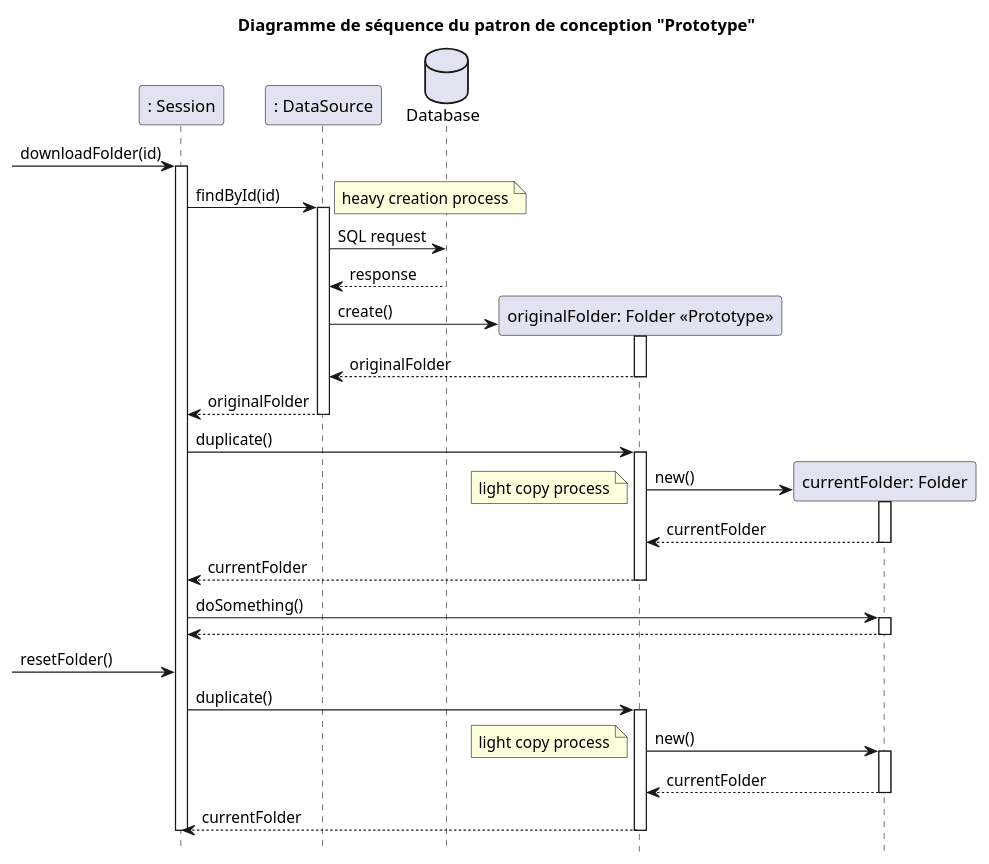
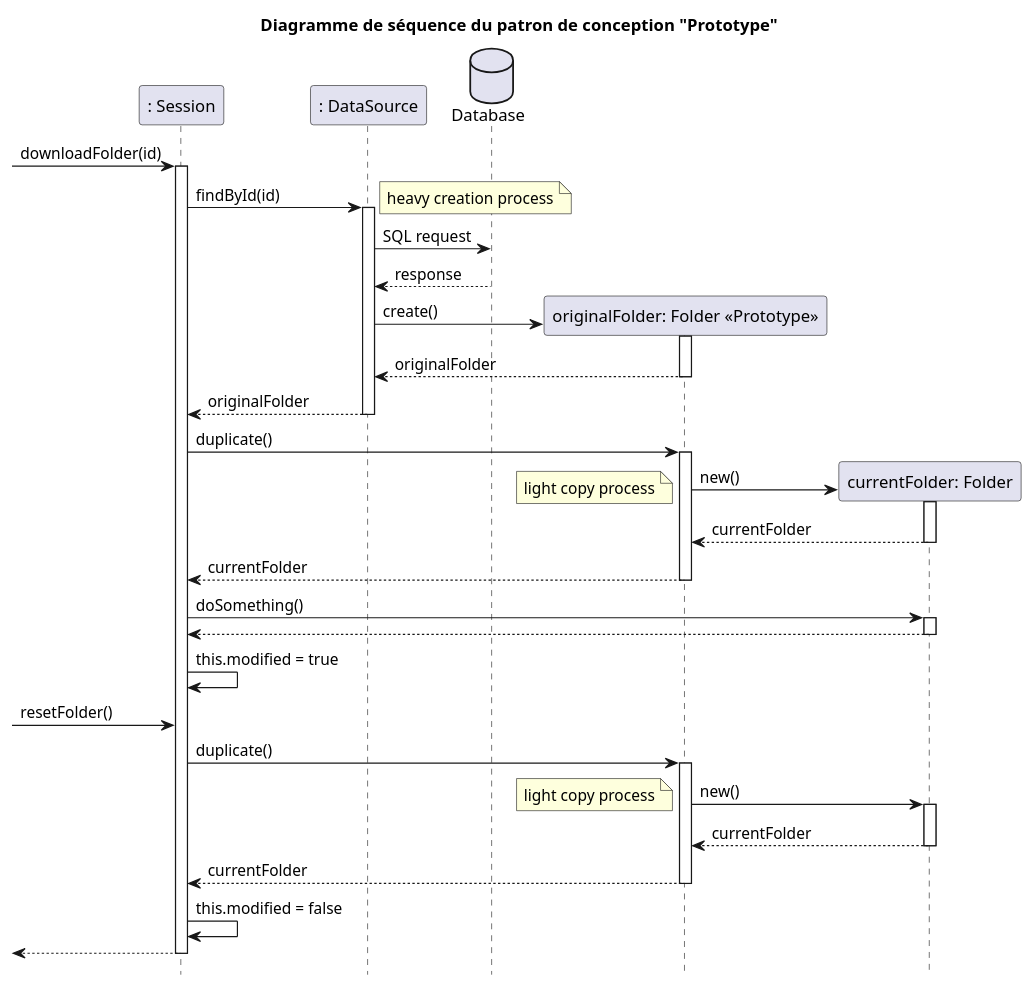
The diagram in models/Diagramme_Pattern/Pattern_prototype/sequence_diagram.puml (fethiuqam/INF5153-Projet-Session), drawn with PlantUML before and after one commit. The commit also changed 14 other files, not shown here.

Commit message:
mise a jour des diagrammes des patern

```diff
--- a/models/Diagramme_Pattern/Pattern_prototype/sequence_diagram.puml
+++ b/models/Diagramme_Pattern/Pattern_prototype/sequence_diagram.puml
@@ -1,67 +1,60 @@
 @startuml
 hide footbox
 
 title Diagramme de séquence du patron de conception "Prototype"
 
 participant ": Session" as S
 participant ": DataSource" as D
 database "Database" as bd
 
 [-> S: downloadFolder(id)
 activate S
 S -> D : findById(id)
 activate D
 note right: heavy creation process
 D -> bd : SQL request
 bd --> D : response
 
 create "originalFolder: Folder <<Prototype>>" as P1
 D -> P1: create()
 activate P1
 
 P1 --> D : originalFolder
 deactivate P1
 D --> S : originalFolder
 deactivate D
 
-
-
-
-
-'S -> P1: doSomething()
-'activate P1
-'P1 --> S
-'deactivate P1
-
 S -> P1: duplicate()
 activate P1
 create "currentFolder: Folder" as P2
 P1 -> P2: new()
 activate P2
 note left: light copy process
 P2 --> P1: currentFolder
 deactivate P2
 P1 --> S: currentFolder
 deactivate P1
 
 S -> P2: doSomething()
 activate P2
 P2 --> S
 deactivate P2
+S -> S : this.modified = true
 
 [-> S: resetFolder()
 
 S -> P1: duplicate()
 activate P1
 create "currentFolder: Folder" as P2
 P1 -> P2: new()
 activate P2
 note left: light copy process
 P2 --> P1: currentFolder
 deactivate P2
 P1 --> S: currentFolder
 deactivate P1
-
+S -> S : this.modified = false
+[<-- S:
 deactivate S
 
 @enduml
```
